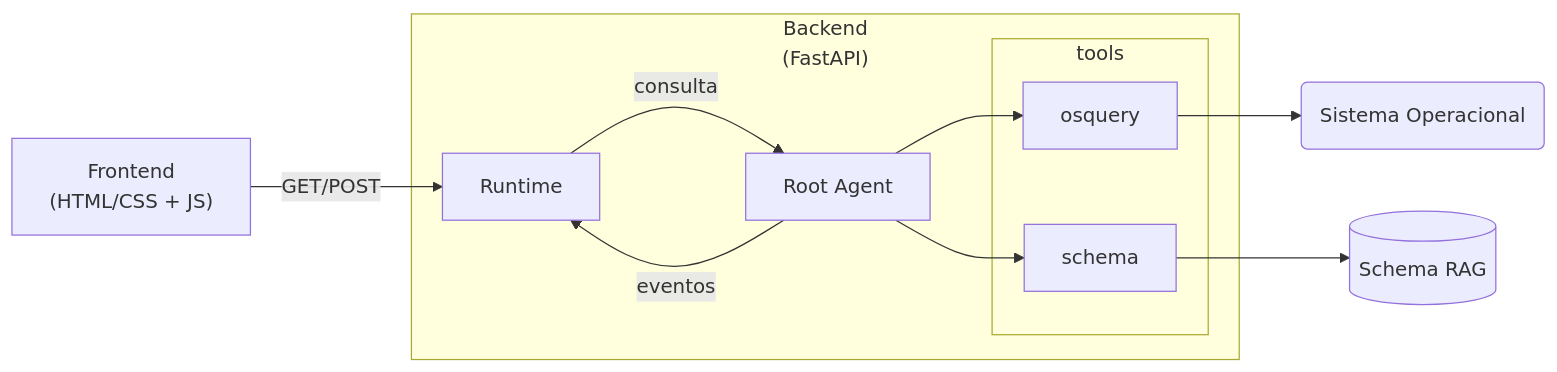
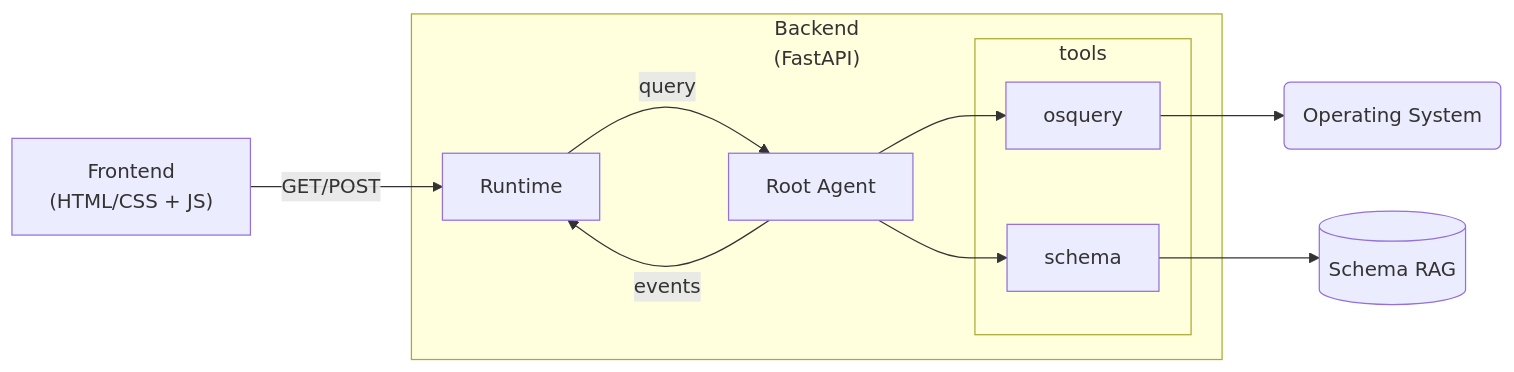
One commit to danicat/danicat.dev changed the diagram in content/posts/20251031-building-aida/index.pt-br.md. Above: the diagram before and after it, drawn with Mermaid. The commit also changed other lines of this file and 77 other files, not shown here.

```diff
--- a/content/posts/20251031-building-aida/index.pt-br.md
+++ b/content/posts/20251031-building-aida/index.pt-br.md
@@ -59,28 +60,29 @@
 {{< mermaid >}}
 flowchart LR
     frontend["`Frontend
-    (HTML/CSS + JS)`"]
+    (HTML/CSS + JS)
+    `"]
     runtime[Runtime]
     root["Root Agent"]
     osquery["osquery"]
     schema["schema"]
     rag[("Schema RAG")]
-    os("Sistema Operacional")
+    os("Operating System")
     
     frontend -->|GET/POST| runtime
     
     subgraph be ["`Backend
     (FastAPI)`"]
-    runtime -- consulta --> root
-    root -- eventos --> runtime
+    runtime -- query --> root
+    root -- events --> runtime
     root --> osquery
     root --> schema
     subgraph tools
     osquery
     schema
     end
     end
     
     osquery --> os
     schema --> rag
 {{< /mermaid >}}
```
